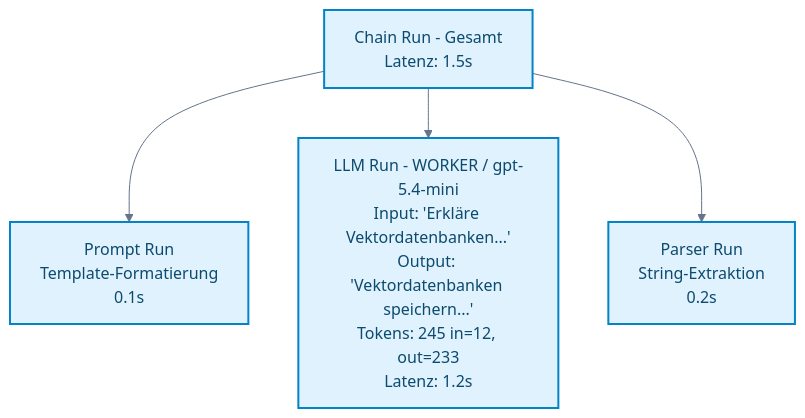
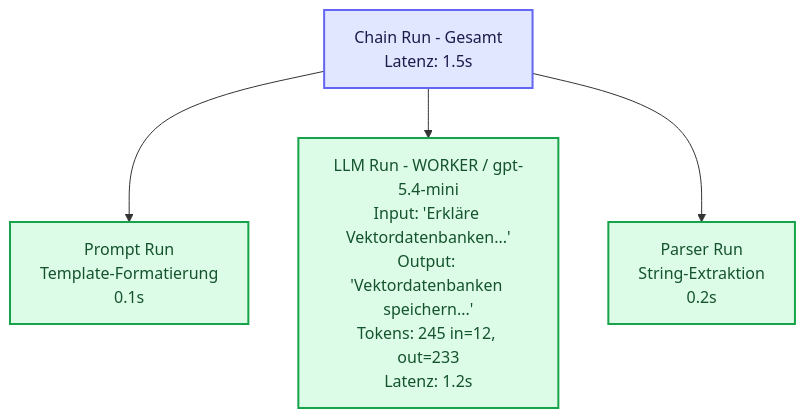
Before and after one commit to ralf-42/GenAI: the third of 5 diagrams in docs/06-frameworks/einsteiger-langsmith.md, drawn with Mermaid. The commit also changed other lines of this file and 50 other files, not shown here.

````diff
--- a/docs/06-frameworks/einsteiger-langsmith.md
+++ b/docs/06-frameworks/einsteiger-langsmith.md
@@ -261,31 +233,20 @@
 ```mermaid
----
-config:
-  theme: base
-  look: classic
-  themeVariables:
-    primaryColor: '#e0f2fe'
-    primaryBorderColor: '#0284c7'
-    primaryTextColor: '#1e293b'
-    lineColor: '#64748b'
-    clusterBkg: '#f8fafc'
-    clusterBorder: '#cbd5e1'
-    noteBkgColor: '#fef3c7'
-    noteBorderColor: '#d97706'
-    noteTextColor: '#78350f'
-    edgeLabelBackground: '#ffffff'
----
-
 graph TB
     CHAIN[Chain Run - Gesamt<br/>Latenz: 1.5s]
     PROMPT[Prompt Run<br/>Template-Formatierung<br/>0.1s]
     LLM[LLM Run - WORKER / gpt-5.4-mini<br/>Input: 'Erkläre Vektordatenbanken...'<br/>Output: 'Vektordatenbanken speichern...'<br/>Tokens: 245 in=12, out=233<br/>Latenz: 1.2s]
     PARSER[Parser Run<br/>String-Extraktion<br/>0.2s]
 
     CHAIN --> PROMPT
     CHAIN --> LLM
     CHAIN --> PARSER
 
 %% Funktionsfarben nach Mermaid_Best_Practices.md
-classDef default fill:#e0f2fe,stroke:#0284c7,stroke-width:2px,color:#0c4a6e;
+
+    classDef default fill:#e0f2fe,stroke:#0284c7,stroke-width:2px,color:#0c4a6e;
+    classDef input fill:#e0e7ff,stroke:#6366f1,stroke-width:2px,color:#1e1b4b;
+    classDef output fill:#dcfce7,stroke:#16a34a,stroke-width:2px,color:#14532d;
+
+    class CHAIN input;
+    class PROMPT,LLM,PARSER output;
 ```
````
